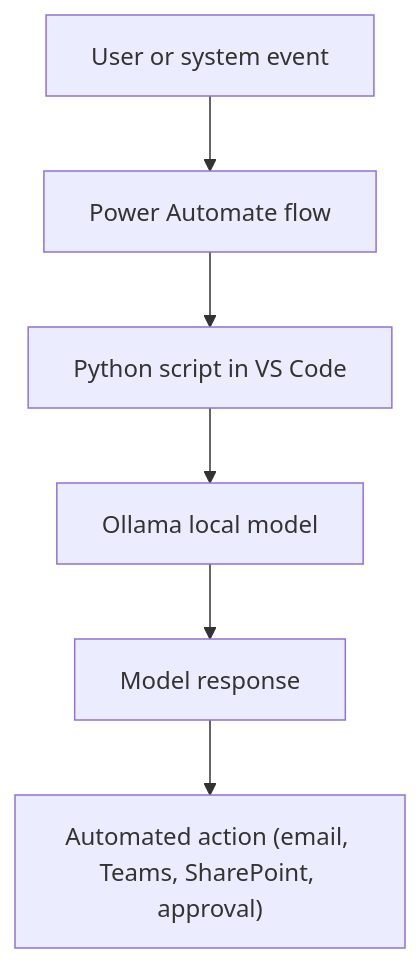
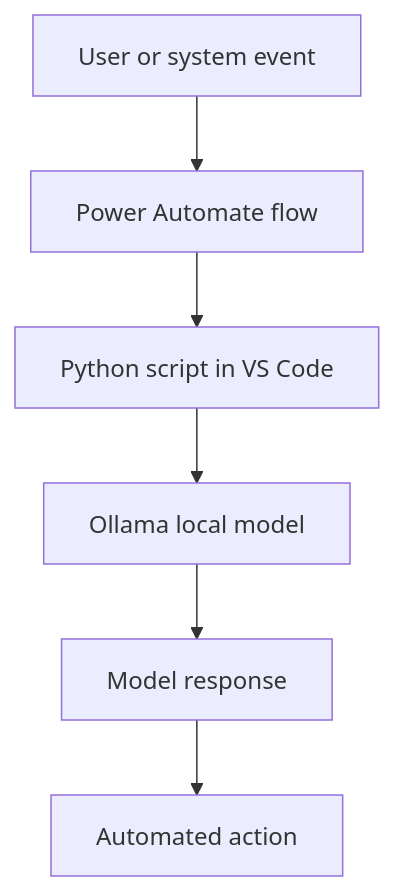
Before and after one commit to punyaa18/Connect-Ollama-to-Your-Workflows-Power-Automate-VS-Code-Integration-Guide: the diagram in README.md, drawn with Mermaid.

Commit message:
Readme.md

````diff
--- a/README.md
+++ b/README.md
@@ -34,8 +34,8 @@
 ```mermaid
 flowchart TD
    A[User or system event] --> B[Power Automate flow]
    B --> C[Python script in VS Code]
    C --> D[Ollama local model]
    D --> E[Model response]
-   E --> F["Automated action (email, Teams, SharePoint, approval)"]
+   E --> F["Automated action"]
 ```
````
